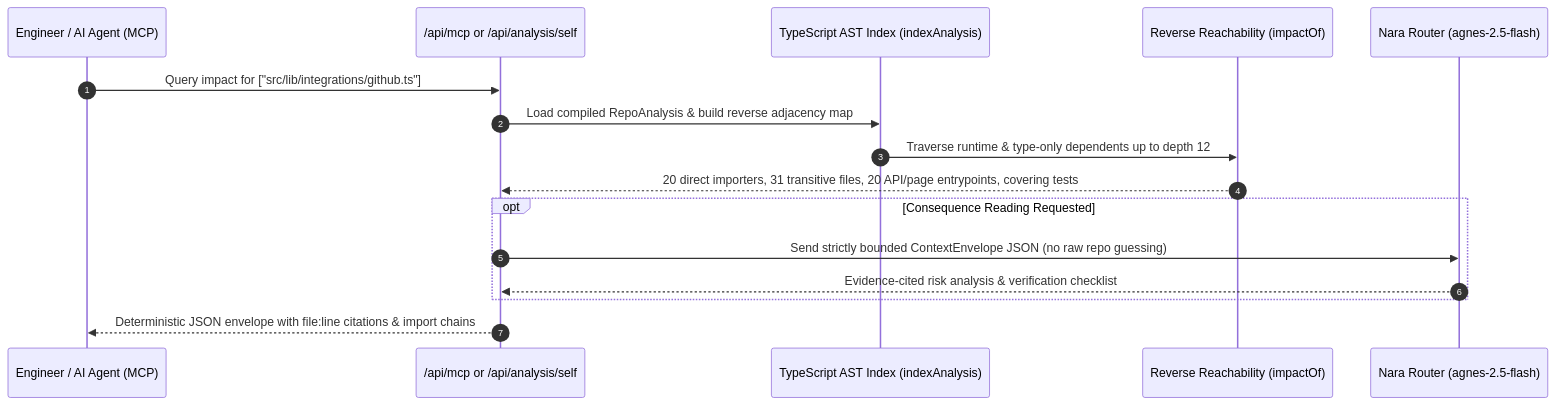
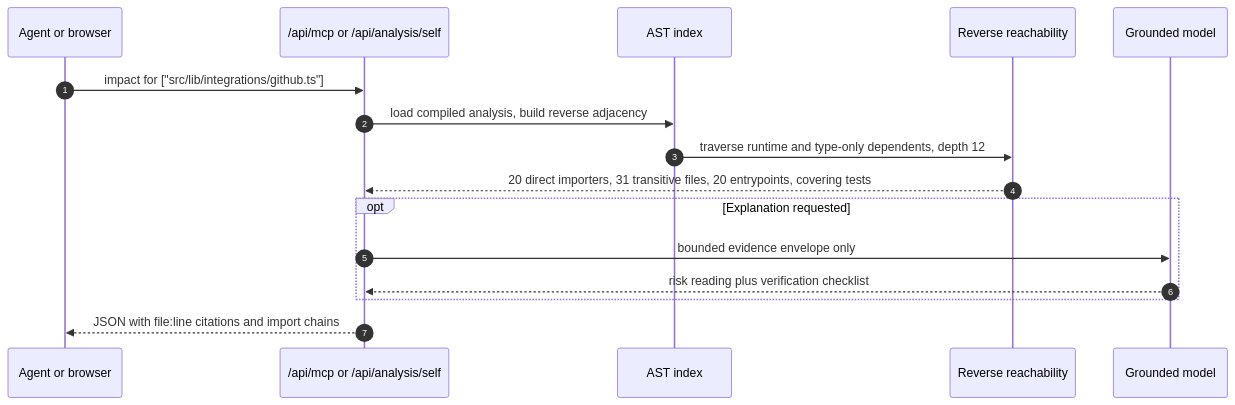
One commit to flawsom/Nykst changed the second of 2 diagrams in README.md. Above: the diagram before and after it, drawn with Mermaid. The commit also changed other lines of this file and 2 other files, not shown here.

First line of the commit message:
docs(readme): rebuild the project README as a product page

````diff
--- a/README.md
+++ b/README.md
@@ -341,19 +331,19 @@
 ```mermaid
 sequenceDiagram
   autonumber
-  participant Agent as Engineer / AI Agent (MCP)
-  participant Route as /api/mcp or /api/analysis/self
-  participant AST as TypeScript AST Index (indexAnalysis)
-  participant BFS as Reverse Reachability (impactOf)
-  participant LLM as Nara Router (agnes-2.5-flash)
+  participant A as Agent or browser
+  participant R as /api/mcp or /api/analysis/self
+  participant S as AST index
+  participant B as Reverse reachability
+  participant L as Grounded model
 
-  Agent->>Route: Query impact for ["src/lib/integrations/github.ts"]
-  Route->>AST: Load compiled RepoAnalysis & build reverse adjacency map
-  AST->>BFS: Traverse runtime & type-only dependents up to depth 12
-  BFS-->>Route: 20 direct importers, 31 transitive files, 20 API/page entrypoints, covering tests
-  opt Consequence Reading Requested
-    Route->>LLM: Send strictly bounded ContextEnvelope JSON (no raw repo guessing)
-    LLM-->>Route: Evidence-cited risk analysis & verification checklist
+  A->>R: impact for ["src/lib/integrations/github.ts"]
+  R->>S: load compiled analysis, build reverse adjacency
+  S->>B: traverse runtime and type-only dependents, depth 12
+  B-->>R: 20 direct importers, 31 transitive files, 20 entrypoints, covering tests
+  opt Explanation requested
+    R->>L: bounded evidence envelope only
+    L-->>R: risk reading plus verification checklist
   end
-  Route-->>Agent: Deterministic JSON envelope with file:line citations & import chains
+  R-->>A: JSON with file:line citations and import chains
 ```
````
